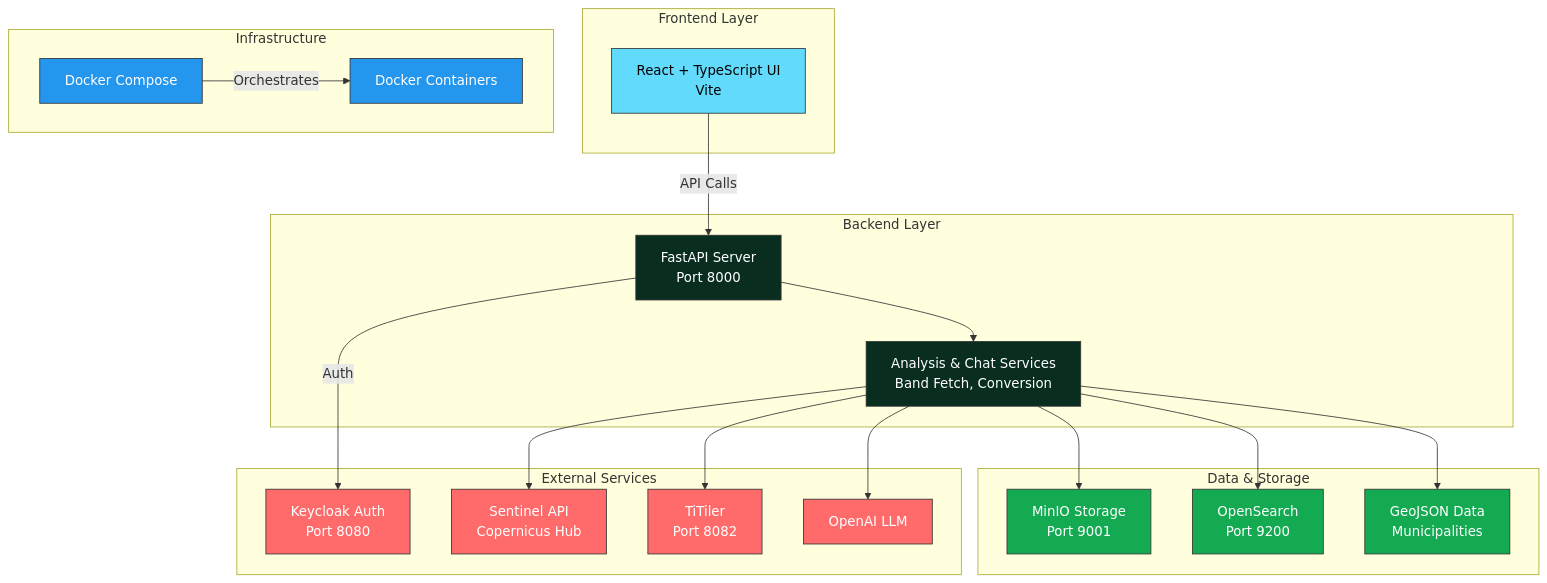
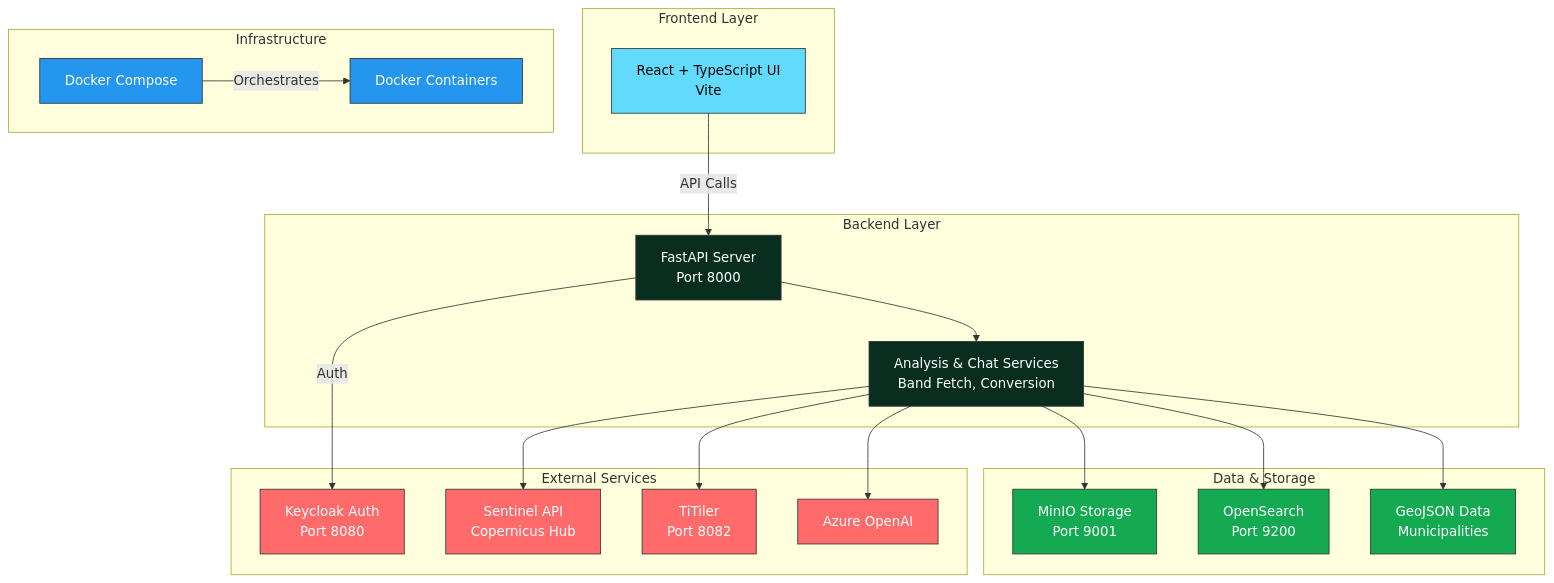
Before and after one commit to AmineChr54/ForestVitality: the diagram in README.md, drawn with Mermaid. The commit also changed other lines of this file and 26 other files, not shown here.

````diff
--- a/README.md
+++ b/README.md
@@ -47,52 +48,52 @@
 ```mermaid
 graph TB
     subgraph Frontend["Frontend Layer"]
         UI["React + TypeScript UI<br/>Vite"]
     end
     
     subgraph Backend["Backend Layer"]
         API["FastAPI Server<br/>Port 8000"]
         Services["Analysis & Chat Services<br/>Band Fetch, Conversion"]
     end
     
     subgraph Data["Data & Storage"]
         MinIO["MinIO Storage<br/>Port 9001"]
         OS["OpenSearch<br/>Port 9200"]
         GEO["GeoJSON Data<br/>Municipalities"]
     end
     
     subgraph External["External Services"]
         KC["Keycloak Auth<br/>Port 8080"]
         Sentinel["Sentinel API<br/>Copernicus Hub"]
         TiTiler["TiTiler<br/>Port 8082"]
-        LLM["OpenAI LLM"]
+        LLM["Azure OpenAI"]
     end
     
     subgraph Infrastructure["Infrastructure"]
         Docker["Docker Containers"]
         Compose["Docker Compose"]
     end
     
     UI -->|API Calls| API
     API --> Services
     Services --> MinIO
     Services --> OS
     Services --> GEO
     Services --> Sentinel
     Services --> TiTiler
     Services --> LLM
     API -->|Auth| KC
     Compose -->|Orchestrates| Docker
 
     classDef frontendStyle fill:#61dafb,stroke:#333,color:#000
     classDef backendStyle fill:#092e20,stroke:#333,color:#fff
     classDef dataStyle fill:#13aa52,stroke:#333,color:#fff
     classDef externalStyle fill:#ff6b6b,stroke:#333,color:#fff
     classDef infraStyle fill:#2496ed,stroke:#333,color:#fff
     
     class UI frontendStyle
     class API,Services backendStyle
     class MinIO,OS,GEO dataStyle
     class KC,Sentinel,TiTiler,LLM externalStyle
     class Docker,Compose infraStyle
 ```
````
